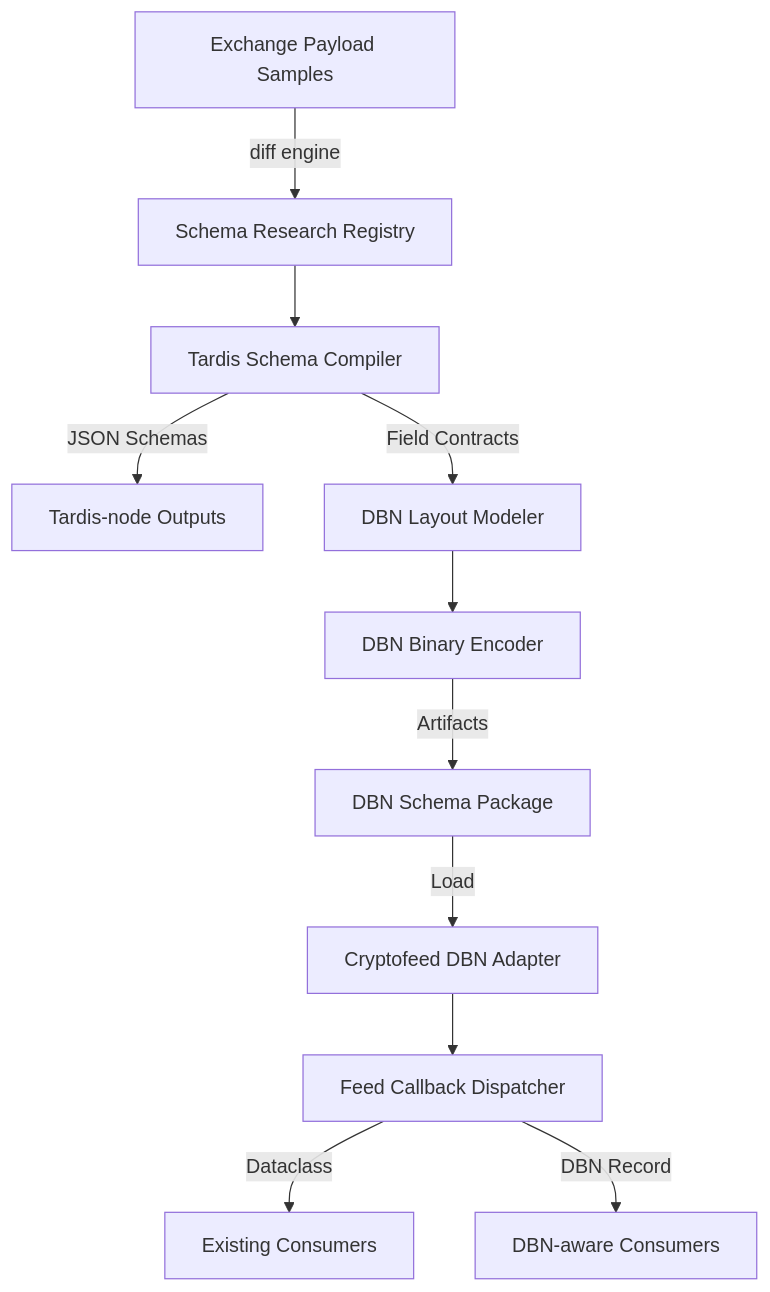
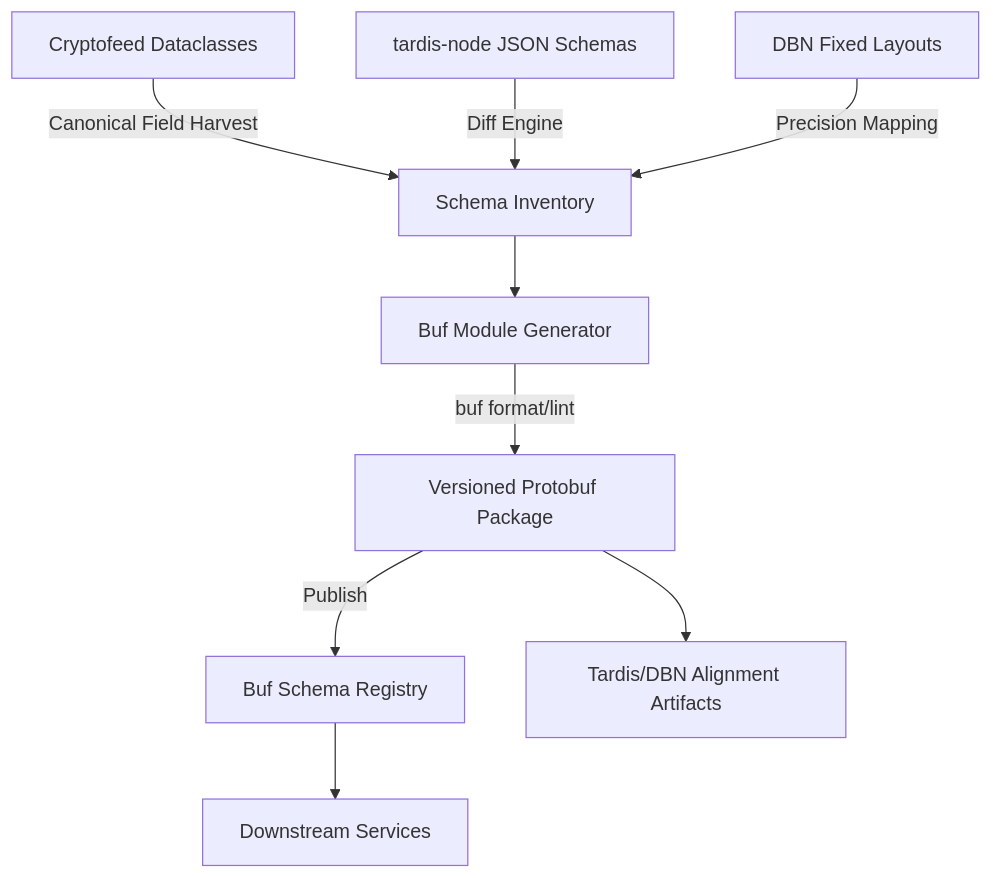
Before and after one commit to tommy-ca/cryptofeed: the diagram in .kiro/specs/normalized-data-schema-crypto/design.md, drawn with Mermaid. The commit also changed other lines of this file and 26 other files, not shown here.

Commit message:
feat: expand market data schemas and publish buf module

````diff
--- a/.kiro/specs/normalized-data-schema-crypto/design.md
+++ b/.kiro/specs/normalized-data-schema-crypto/design.md
@@ -38,13 +42,11 @@
 ```mermaid
 graph TD
-  A[Exchange Payload Samples] -->|diff engine| B[Schema Research Registry]
-  B --> C[Tardis Schema Compiler]
-  C -->|JSON Schemas| D[Tardis-node Outputs]
-  C -->|Field Contracts| E[DBN Layout Modeler]
-  E --> F[DBN Binary Encoder]
-  F -->|Artifacts| G[DBN Schema Package]
-  G -->|Load| H[Cryptofeed DBN Adapter]
-  H --> I[Feed Callback Dispatcher]
-  I -->|Dataclass| J[Existing Consumers]
-  I -->|DBN Record| K[DBN-aware Consumers]
+  A[Cryptofeed Dataclasses] -->|Canonical Field Harvest| B[Schema Inventory]
+  C[tardis-node JSON Schemas] -->|Diff Engine| B
+  D[DBN Fixed Layouts] -->|Precision Mapping| B
+  B --> E[Buf Module Generator]
+  E -->|buf format/lint| F[Versioned Protobuf Package]
+  F -->|Publish| G[Buf Schema Registry]
+  G --> H[Downstream Services]
+  F --> I[Tardis/DBN Alignment Artifacts]
 ```
````
